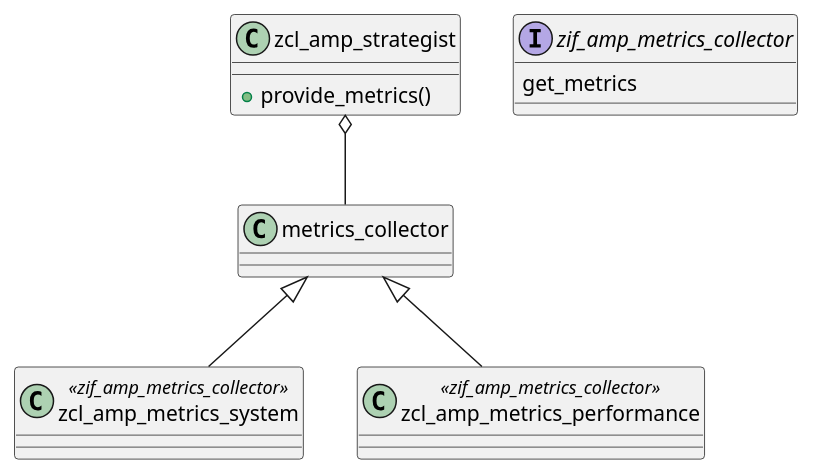
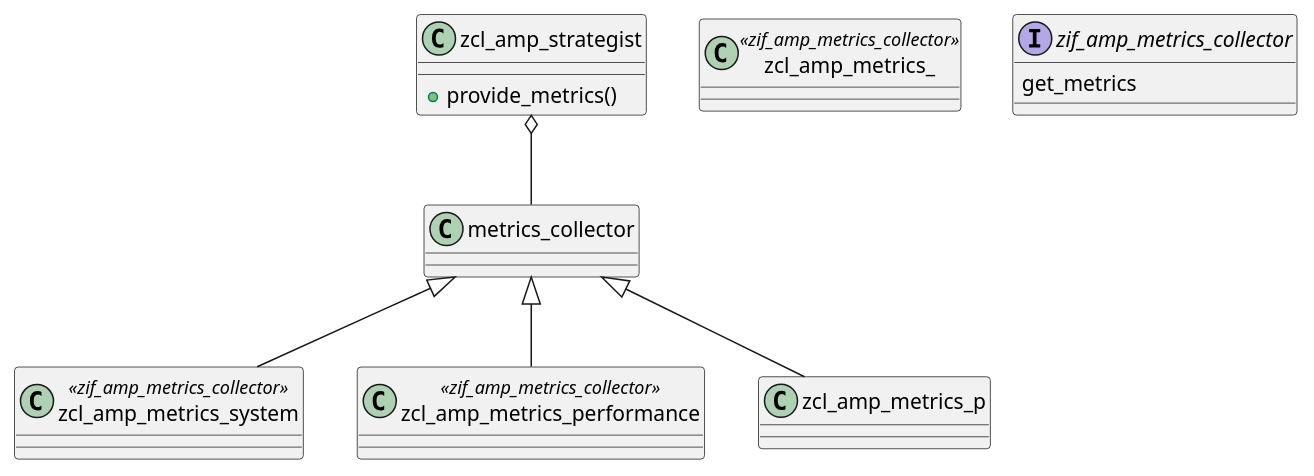
The first of 2 diagrams in architecture/architecture_class.plantuml (abap-observability-tools/abap-metrics-provider), drawn with PlantUML before and after one commit. The commit also changed other lines of this file and 6 other files, not shown here.

Commit message:
readme uml

```diff
--- a/architecture/architecture_class.plantuml
+++ b/architecture/architecture_class.plantuml
@@ -1,19 +1,21 @@
-@startuml architecture_class
+@startuml provider
 
 class zcl_amp_strategist{
   + provide_metrics()
 }
 
 class zcl_amp_metrics_system <<zif_amp_metrics_collector>>
 class zcl_amp_metrics_performance <<zif_amp_metrics_collector>>
+class zcl_amp_metrics_ <<zif_amp_metrics_collector>>
 
 interface zif_amp_metrics_collector{
   get_metrics
 }
 
 zcl_amp_strategist o-- metrics_collector
 
 metrics_collector <|-- zcl_amp_metrics_system
 metrics_collector <|-- zcl_amp_metrics_performance
+metrics_collector <|-- zcl_amp_metrics_p
 
 @enduml
```
